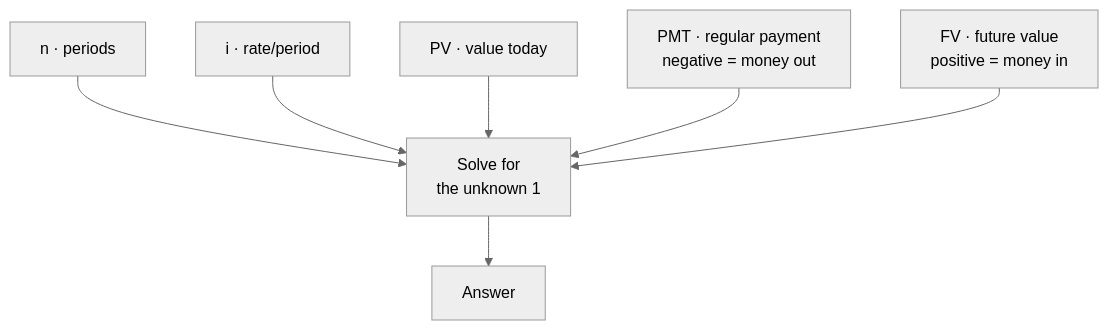
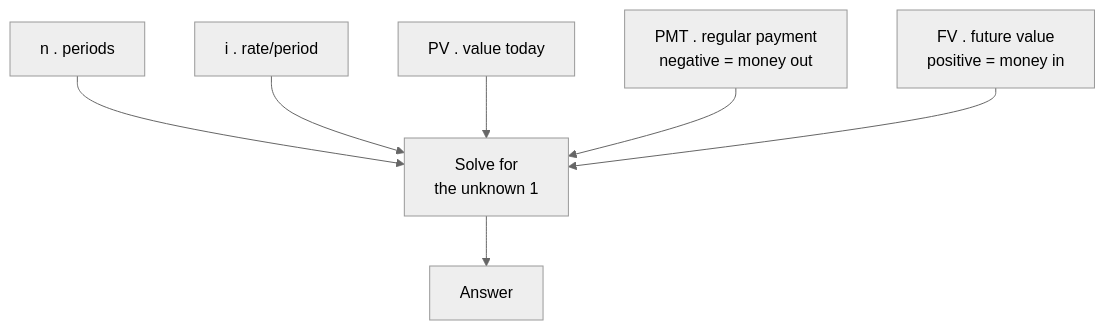
Before and after one commit to leotansingapore/aia-product-compass-hub: the first of 6 diagrams in docs/first-60-days/week-5/day-28.md, drawn with Mermaid (neutral theme). The commit also changed other lines of this file and 75 other files, not shown here.

````diff
--- a/docs/first-60-days/week-5/day-28.md
+++ b/docs/first-60-days/week-5/day-28.md
@@ -64,9 +64,9 @@
 ```mermaid
 flowchart TD
-    N["n · periods"] --> SOLVE["Solve for<br/>the unknown 1"]
-    I["i · rate/period"] --> SOLVE
-    PV["PV · value today"] --> SOLVE
-    PMT["PMT · regular payment<br/>negative = money out"] --> SOLVE
-    FV["FV · future value<br/>positive = money in"] --> SOLVE
+    N["n . periods"] --> SOLVE["Solve for<br/>the unknown 1"]
+    I["i . rate/period"] --> SOLVE
+    PV["PV . value today"] --> SOLVE
+    PMT["PMT . regular payment<br/>negative = money out"] --> SOLVE
+    FV["FV . future value<br/>positive = money in"] --> SOLVE
     SOLVE --> R["Answer"]
 ```
````
